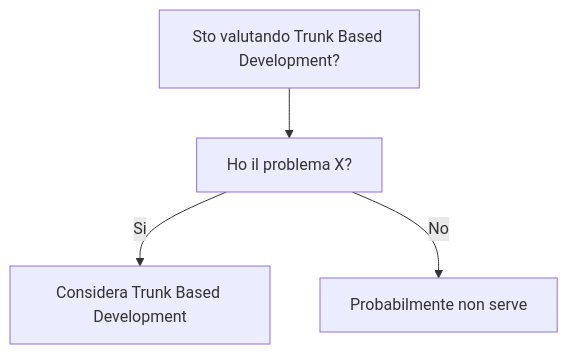
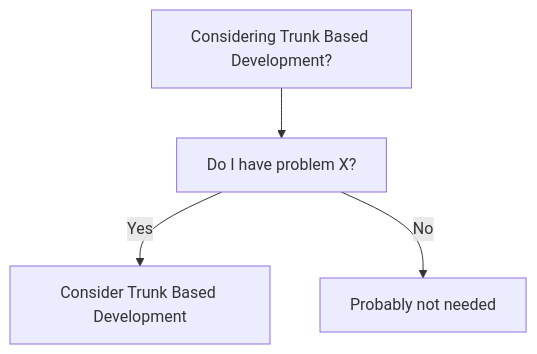
Before and after one commit to HxT9/Software-Dev-Wiki: the diagram in dev-wiki/10_DevOps/Trunk_Based_Development/When_To_Use.md, drawn with Mermaid. The commit also changed other lines of this file and 3444 other files, not shown here.

````diff
--- a/dev-wiki/10_DevOps/Trunk_Based_Development/When_To_Use.md
+++ b/dev-wiki/10_DevOps/Trunk_Based_Development/When_To_Use.md
@@ -19,6 +19,6 @@
 ```mermaid
 flowchart TD
-  Q[Sto valutando Trunk Based Development?] --> Q1[Ho il problema X?]
-  Q1 -->|Si| OK[Considera Trunk Based Development]
-  Q1 -->|No| NO[Probabilmente non serve]
+  Q[Considering Trunk Based Development?] --> Q1[Do I have problem X?]
+  Q1 -->|Yes| OK[Consider Trunk Based Development]
+  Q1 -->|No| NO[Probably not needed]
 ```
````
